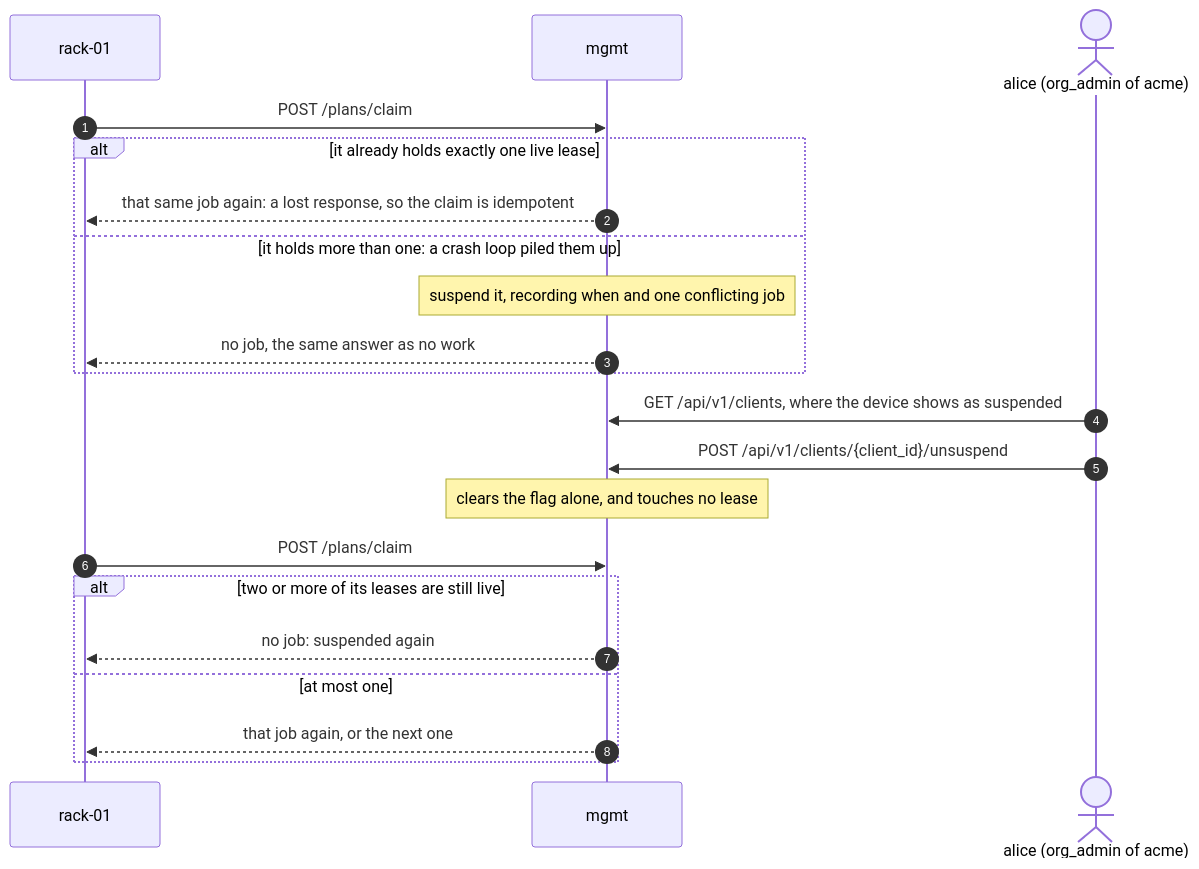
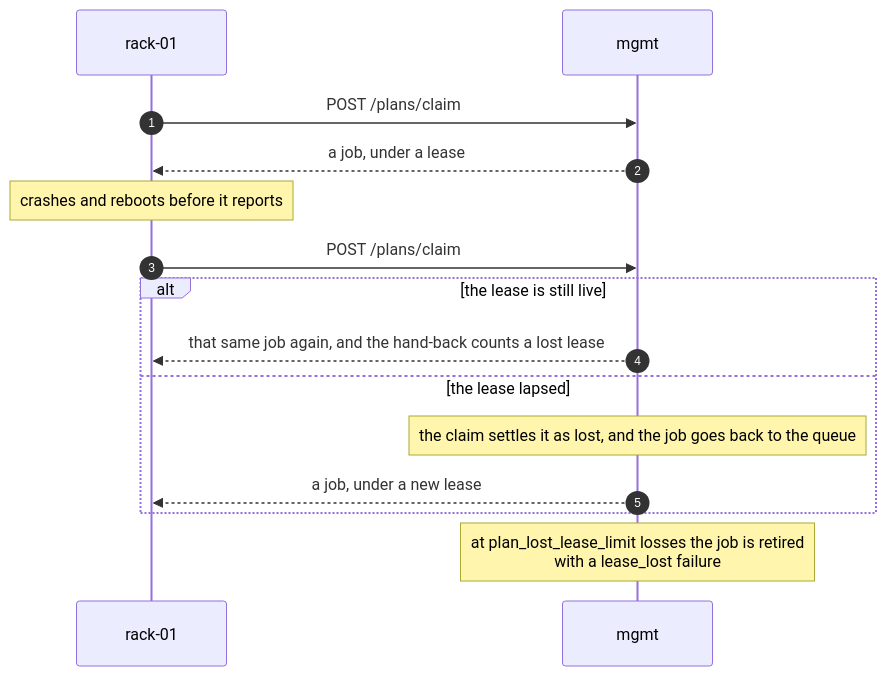
Diagram 27 of 28 in docs/topology.md (Liquid4All/pipette-mgmt), drawn with Mermaid before and after one commit. The commit also changed other lines of this file and 203 other files, not shown here.

````diff
--- a/docs/topology.md
+++ b/docs/topology.md
@@ -1045,24 +1039,18 @@
 ```mermaid
 sequenceDiagram
     autonumber
     participant D as rack-01
     participant M as mgmt
-    actor A as alice (org_admin of acme)
 
     D->>M: POST /plans/claim
-    alt it already holds exactly one live lease
-        M-->>D: that same job again: a lost response, so the claim is idempotent
-    else it holds more than one: a crash loop piled them up
-        Note over M: suspend it, recording when and one conflicting job
-        M-->>D: no job, the same answer as no work
+    M-->>D: a job, under a lease
+    Note over D: crashes and reboots before it reports
+    D->>M: POST /plans/claim
+    alt the lease is still live
+        M-->>D: that same job again, and the hand-back counts a lost lease
+    else the lease lapsed
+        Note over M: the claim settles it as lost, and the job goes back to the queue
+        M-->>D: a job, under a new lease
     end
-    A->>M: GET /api/v1/clients, where the device shows as suspended
-    A->>M: POST /api/v1/clients/{client_id}/unsuspend
-    Note over M: clears the flag alone, and touches no lease
-    D->>M: POST /plans/claim
-    alt two or more of its leases are still live
-        M-->>D: no job: suspended again
-    else at most one
-        M-->>D: that job again, or the next one
-    end
+    Note over M: at plan_lost_lease_limit losses the job is retired<br/>with a lease_lost failure
 ```
````
